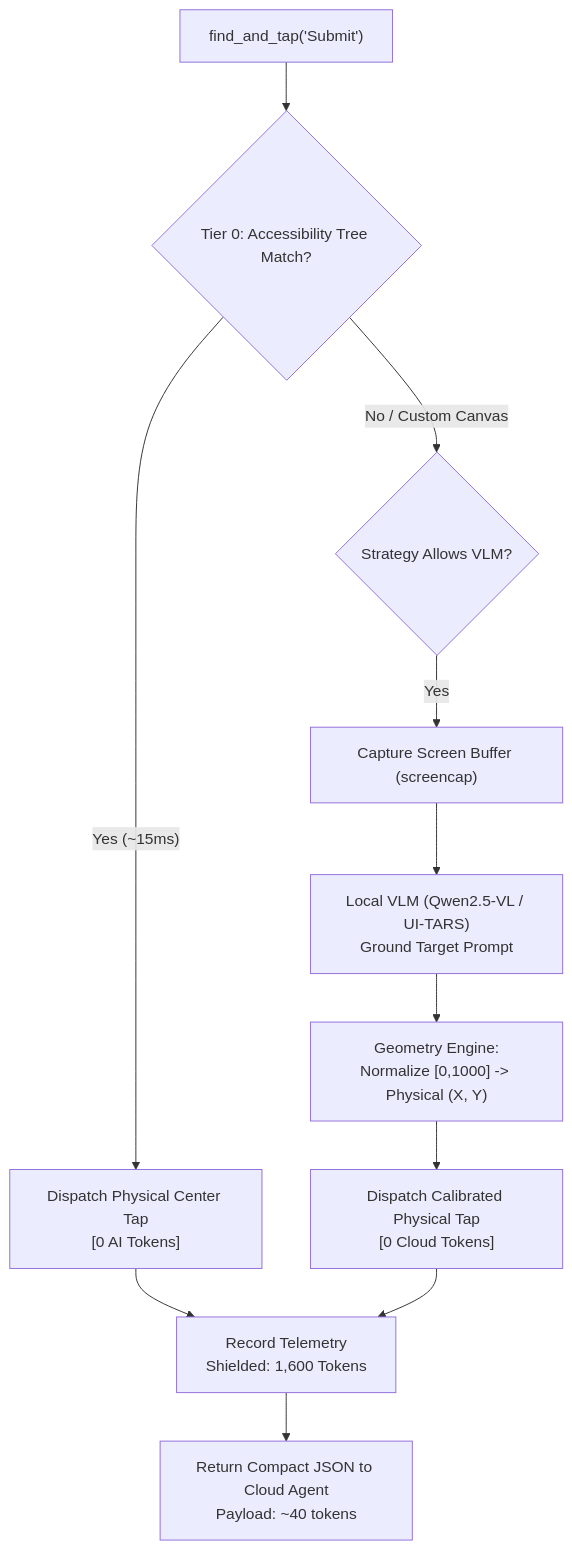
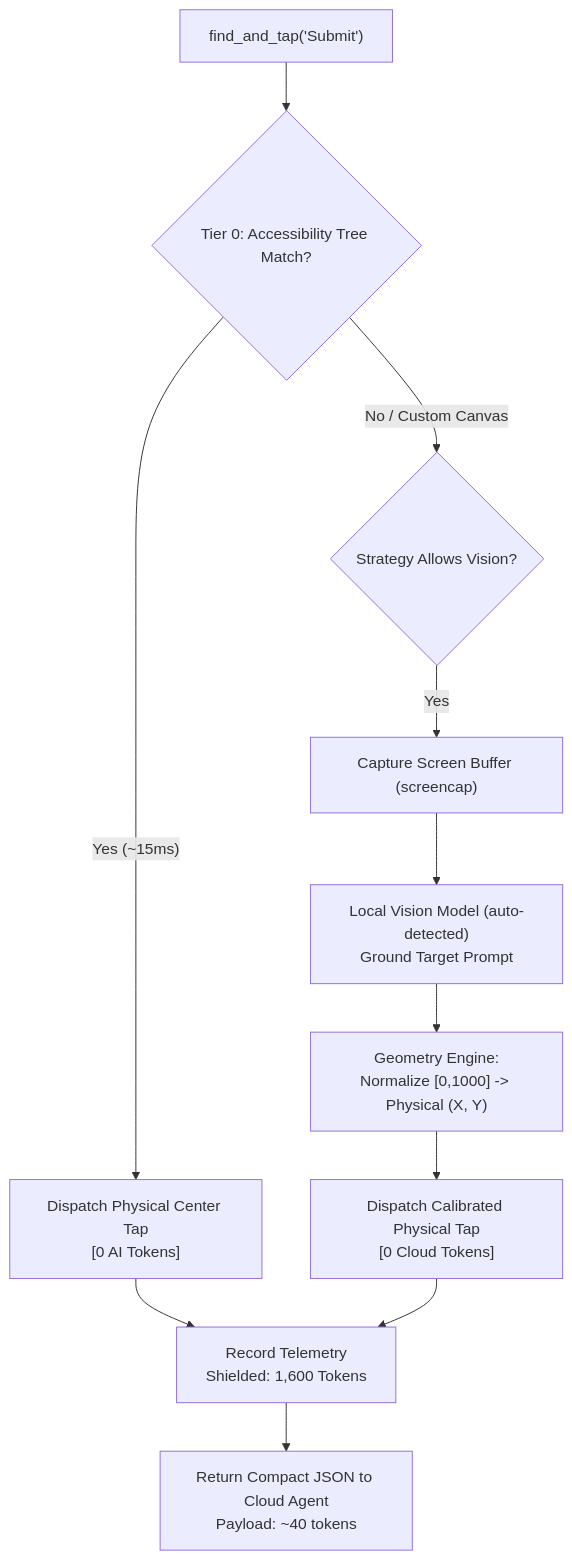
One commit to varmakarthik12/peep changed the diagram in docs/ARCHITECTURE.md. Above: the diagram before and after it, drawn with Mermaid. The commit also changed other lines of this file and 16 other files, not shown here.

````diff
--- a/docs/ARCHITECTURE.md
+++ b/docs/ARCHITECTURE.md
@@ -48,13 +48,13 @@
 ```mermaid
 flowchart TD
     Start["find_and_tap('Submit')"] --> T0{"Tier 0: Accessibility Tree Match?"}
     T0 -- Yes (~15ms) --> Act0["Dispatch Physical Center Tap<br/>[0 AI Tokens]"]
-    T0 -- No / Custom Canvas --> T1{"Strategy Allows VLM?"}
+    T0 -- No / Custom Canvas --> T1{"Strategy Allows Vision?"}
     T1 -- Yes --> Capture["Capture Screen Buffer (screencap)"]
-    Capture --> LocalVLM["Local VLM (Qwen2.5-VL / UI-TARS)<br/>Ground Target Prompt"]
-    LocalVLM --> Calibrate["Geometry Engine:<br/>Normalize [0,1000] -> Physical (X, Y)"]
+    Capture --> LocalVision["Local Vision Model (auto-detected)<br/>Ground Target Prompt"]
+    LocalVision --> Calibrate["Geometry Engine:<br/>Normalize [0,1000] -> Physical (X, Y)"]
     Calibrate --> Act2["Dispatch Calibrated Physical Tap<br/>[0 Cloud Tokens]"]
     Act0 --> Telemetry["Record Telemetry<br/>Shielded: 1,600 Tokens"]
     Act2 --> Telemetry
     Telemetry --> Return["Return Compact JSON to Cloud Agent<br/>Payload: ~40 tokens"]
 ```
````
